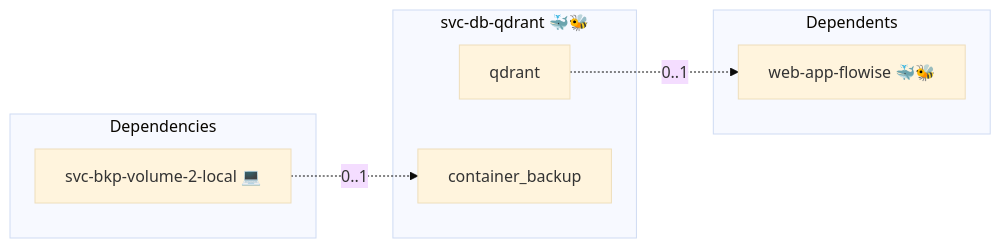
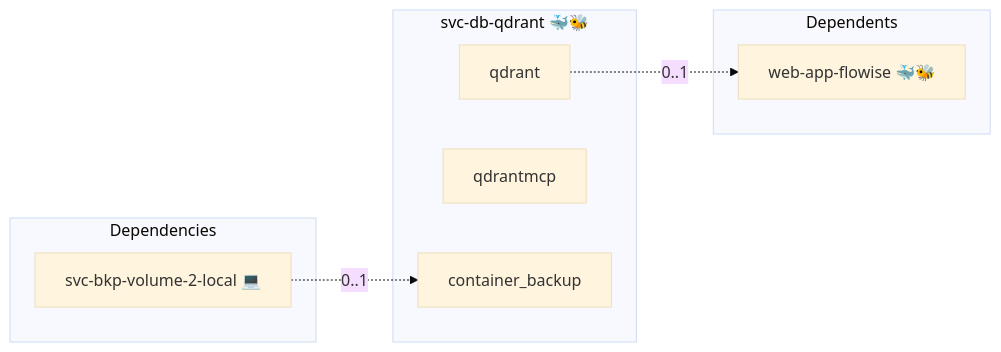
One commit to infinito-nexus/core changed the diagram in roles/svc-db-qdrant/README.md. Above: the diagram before and after it, drawn with Mermaid (base theme). The commit also changed 142 other files, not shown here.

````diff
--- a/roles/svc-db-qdrant/README.md
+++ b/roles/svc-db-qdrant/README.md
@@ -19,15 +19,16 @@
 ```mermaid
 flowchart LR
     subgraph deps [Dependencies]
         dep_svc_bkp_volume_2_local["svc-bkp-volume-2-local 💻"]
     end
     subgraph role [svc-db-qdrant 🐳🐝]
         svc_qdrant["qdrant"]
+        svc_qdrantmcp["qdrantmcp"]
         svc_container_backup["container_backup"]
     end
     subgraph dependents [Dependents]
         dpt_web_app_flowise["web-app-flowise 🐳🐝"]
     end
     dep_svc_bkp_volume_2_local -. "0..1" .-> svc_container_backup
     svc_qdrant -. "0..1" .-> dpt_web_app_flowise
 ```
````
